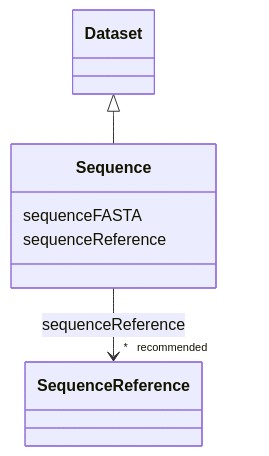
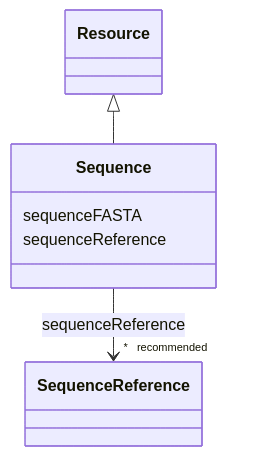
The diagram in models/docs/Sequence.md (EVORA-project/evora-ontology), drawn with Mermaid before and after one commit. The commit also changed other lines of this file and 435 other files, not shown here.

````diff
--- a/models/docs/Sequence.md
+++ b/models/docs/Sequence.md
@@ -19,20 +19,20 @@
 ```mermaid
  classDiagram
     class Sequence
     click Sequence href "../Sequence"
-      Dataset <|-- Sequence
-        click Dataset href "../Dataset"
+      Resource <|-- Sequence
+        click Resource href "../Resource"
       
       Sequence : sequenceFASTA
         
       Sequence : sequenceReference
         
           
     
     
     Sequence --> "* _recommended_" SequenceReference : sequenceReference
     click SequenceReference href "../SequenceReference"
 
         
       
 ```
````
